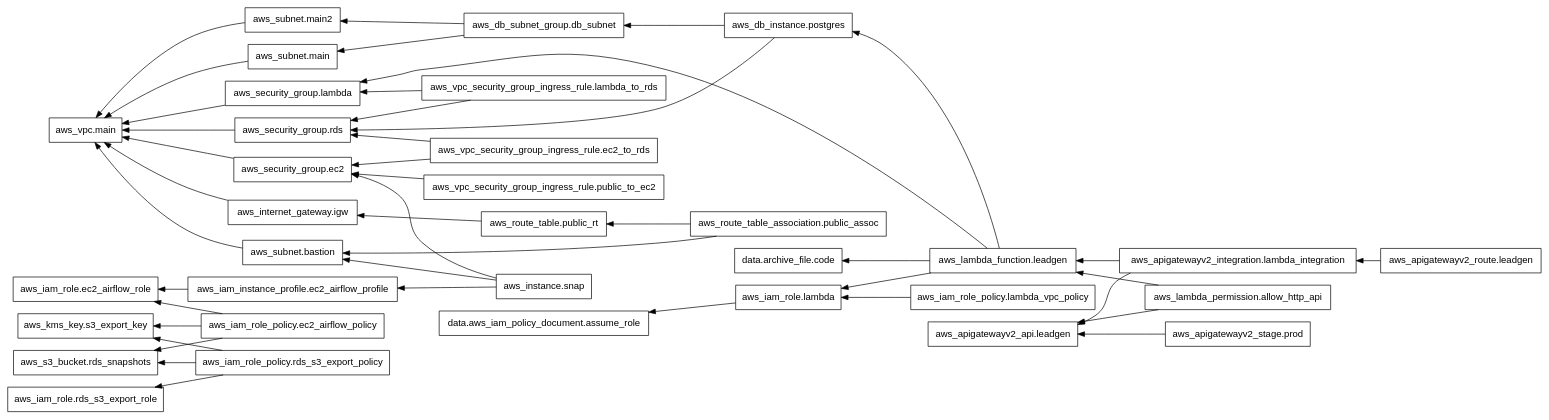
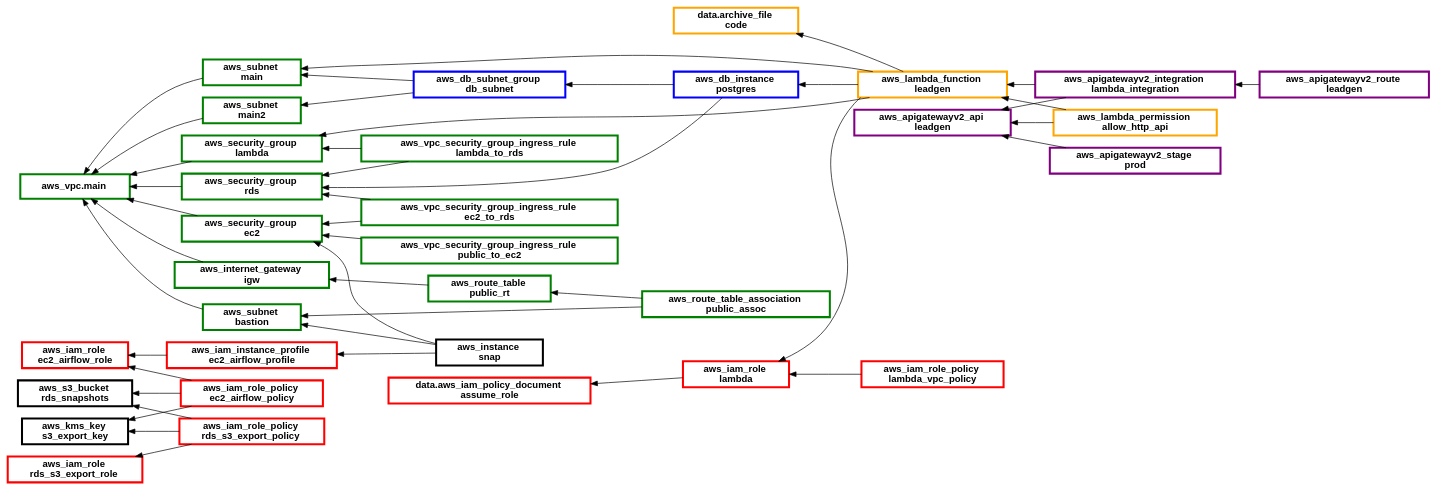
One commit to jaykape/leadgen-data-pipeline changed the diagram in diagram/depencdency.DOT. Above: the diagram before and after it, drawn with Graphviz. The commit also changed 54 other files, not shown here.

```diff
--- a/diagram/depencdency.DOT
+++ b/diagram/depencdency.DOT
@@ -1,78 +1,81 @@
 digraph G {
   rankdir = "RL";
-  node [shape = rect, fontname = "sans-serif"];
-  "data.archive_file.code" [label="data.archive_file.code"];
-  "data.aws_iam_policy_document.assume_role" [label="data.aws_iam_policy_document.assume_role"];
-  "aws_apigatewayv2_api.leadgen" [label="aws_apigatewayv2_api.leadgen"];
-  "aws_apigatewayv2_integration.lambda_integration" [label="aws_apigatewayv2_integration.lambda_integration"];
-  "aws_apigatewayv2_route.leadgen" [label="aws_apigatewayv2_route.leadgen"];
-  "aws_apigatewayv2_stage.prod" [label="aws_apigatewayv2_stage.prod"];
-  "aws_db_instance.postgres" [label="aws_db_instance.postgres"];
-  "aws_db_subnet_group.db_subnet" [label="aws_db_subnet_group.db_subnet"];
-  "aws_iam_instance_profile.ec2_airflow_profile" [label="aws_iam_instance_profile.ec2_airflow_profile"];
-  "aws_iam_role.ec2_airflow_role" [label="aws_iam_role.ec2_airflow_role"];
-  "aws_iam_role.lambda" [label="aws_iam_role.lambda"];
-  "aws_iam_role.rds_s3_export_role" [label="aws_iam_role.rds_s3_export_role"];
-  "aws_iam_role_policy.ec2_airflow_policy" [label="aws_iam_role_policy.ec2_airflow_policy"];
-  "aws_iam_role_policy.lambda_vpc_policy" [label="aws_iam_role_policy.lambda_vpc_policy"];
-  "aws_iam_role_policy.rds_s3_export_policy" [label="aws_iam_role_policy.rds_s3_export_policy"];
-  "aws_instance.snap" [label="aws_instance.snap"];
-  "aws_internet_gateway.igw" [label="aws_internet_gateway.igw"];
-  "aws_kms_key.s3_export_key" [label="aws_kms_key.s3_export_key"];
-  "aws_lambda_function.leadgen" [label="aws_lambda_function.leadgen"];
-  "aws_lambda_permission.allow_http_api" [label="aws_lambda_permission.allow_http_api"];
-  "aws_route_table.public_rt" [label="aws_route_table.public_rt"];
-  "aws_route_table_association.public_assoc" [label="aws_route_table_association.public_assoc"];
-  "aws_s3_bucket.rds_snapshots" [label="aws_s3_bucket.rds_snapshots"];
-  "aws_security_group.ec2" [label="aws_security_group.ec2"];
-  "aws_security_group.lambda" [label="aws_security_group.lambda"];
-  "aws_security_group.rds" [label="aws_security_group.rds"];
-  "aws_subnet.bastion" [label="aws_subnet.bastion"];
-  "aws_subnet.main" [label="aws_subnet.main"];
-  "aws_subnet.main2" [label="aws_subnet.main2"];
-  "aws_vpc.main" [label="aws_vpc.main"];
-  "aws_vpc_security_group_ingress_rule.ec2_to_rds" [label="aws_vpc_security_group_ingress_rule.ec2_to_rds"];
-  "aws_vpc_security_group_ingress_rule.lambda_to_rds" [label="aws_vpc_security_group_ingress_rule.lambda_to_rds"];
-  "aws_vpc_security_group_ingress_rule.public_to_ec2" [label="aws_vpc_security_group_ingress_rule.public_to_ec2"];
+  node [shape = rect, fontname = "Helvetica-Bold", penwidth=3];
+  edge [fontname="Helvetica-Bold", penwidth=1];
+  "data.archive_file.code" [label="    data.archive_file    \n code", color=orange];
+  "data.aws_iam_policy_document.assume_role" [label="    data.aws_iam_policy_document    \n assume_role", color=red];
+  "aws_apigatewayv2_api.leadgen" [label="    aws_apigatewayv2_api    \n leadgen", color=purple];
+  "aws_apigatewayv2_integration.lambda_integration" [label="    aws_apigatewayv2_integration    \n lambda_integration", color=purple];
+  "aws_apigatewayv2_route.leadgen" [label="    aws_apigatewayv2_route    \n leadgen", color=purple];        
+  "aws_apigatewayv2_stage.prod" [label="    aws_apigatewayv2_stage    \n prod", color=purple];
+  "aws_db_instance.postgres" [label="    aws_db_instance    \n postgres", color=blue];
+  "aws_db_subnet_group.db_subnet" [label="    aws_db_subnet_group    \n db_subnet", color=blue];
+  "aws_iam_instance_profile.ec2_airflow_profile" [label="    aws_iam_instance_profile    \n ec2_airflow_profile", color=red];
+  "aws_iam_role.ec2_airflow_role" [label="    aws_iam_role    \n ec2_airflow_role", color=red];
+  "aws_iam_role.lambda" [label="    aws_iam_role    \n lambda", color=red];
+  "aws_iam_role.rds_s3_export_role" [label="    aws_iam_role    \n    rds_s3_export_role    ", color=red];      
+  "aws_iam_role_policy.ec2_airflow_policy" [label="    aws_iam_role_policy    \n ec2_airflow_policy", color=red];
+  "aws_iam_role_policy.lambda_vpc_policy" [label="    aws_iam_role_policy    \n lambda_vpc_policy", color=red];
+  "aws_iam_role_policy.rds_s3_export_policy" [label="    aws_iam_role_policy    \n    rds_s3_export_policy    ", color=red];
+  "aws_instance.snap" [label="    aws_instance    \n snap"];
+  "aws_internet_gateway.igw" [label="    aws_internet_gateway    \n igw", color=green];
+  "aws_kms_key.s3_export_key" [label="    aws_kms_key    \n s3_export_key"];
+  "aws_lambda_function.leadgen" [label="    aws_lambda_function    \n leadgen", color=orange];
+  "aws_lambda_permission.allow_http_api" [label="    aws_lambda_permission    \n allow_http_api", color=orange];
+  "aws_route_table.public_rt" [label="    aws_route_table    \n public_rt", color=green];
+  "aws_route_table_association.public_assoc" [label="    aws_route_table_association    \n public_assoc", color=green];
+  "aws_s3_bucket.rds_snapshots" [label="    aws_s3_bucket    \n rds_snapshots"];
+  "aws_security_group.ec2" [label="    aws_security_group    \n ec2", color=green];
+  "aws_security_group.lambda" [label="    aws_security_group    \n lambda", color=green];
+  "aws_security_group.rds" [label="    aws_security_group    \n rds", color=green];
+  "aws_subnet.bastion" [label="    aws_subnet    \n bastion", color=green];
+  "aws_subnet.main" [label="    aws_subnet    \n main", color=green];
+  "aws_subnet.main2" [label="    aws_subnet    \n main2", color=green];
+  "aws_vpc.main" [label="    aws_vpc.main    ", color=green];
+  "aws_vpc_security_group_ingress_rule.ec2_to_rds" [label="        aws_vpc_security_group_ingress_rule        \n ec2_to_rds", color=green];
+  "aws_vpc_security_group_ingress_rule.lambda_to_rds" [label="        aws_vpc_security_group_ingress_rule        \n lambda_to_rds", color=green];
+  "aws_vpc_security_group_ingress_rule.public_to_ec2" [label="        aws_vpc_security_group_ingress_rule        \n public_to_ec2", color=green];
   "aws_apigatewayv2_integration.lambda_integration" -> "aws_apigatewayv2_api.leadgen";
   "aws_apigatewayv2_integration.lambda_integration" -> "aws_lambda_function.leadgen";
   "aws_apigatewayv2_route.leadgen" -> "aws_apigatewayv2_integration.lambda_integration";
   "aws_apigatewayv2_stage.prod" -> "aws_apigatewayv2_api.leadgen";
   "aws_db_instance.postgres" -> "aws_db_subnet_group.db_subnet";
   "aws_db_instance.postgres" -> "aws_security_group.rds";
   "aws_db_subnet_group.db_subnet" -> "aws_subnet.main";
   "aws_db_subnet_group.db_subnet" -> "aws_subnet.main2";
   "aws_iam_instance_profile.ec2_airflow_profile" -> "aws_iam_role.ec2_airflow_role";
   "aws_iam_role.lambda" -> "data.aws_iam_policy_document.assume_role";
-  "aws_iam_role_policy.ec2_airflow_policy" -> "aws_iam_role.ec2_airflow_role";
+  "aws_iam_role_policy.ec2_airflow_policy" -> "aws_iam_role.ec2_airflow_role";      
   "aws_iam_role_policy.ec2_airflow_policy" -> "aws_kms_key.s3_export_key";
-  "aws_iam_role_policy.ec2_airflow_policy" -> "aws_s3_bucket.rds_snapshots";
+  "aws_iam_role_policy.ec2_airflow_policy" -> "aws_s3_bucket.rds_snapshots";        
   "aws_iam_role_policy.lambda_vpc_policy" -> "aws_iam_role.lambda";
-  "aws_iam_role_policy.rds_s3_export_policy" -> "aws_iam_role.rds_s3_export_role";
-  "aws_iam_role_policy.rds_s3_export_policy" -> "aws_kms_key.s3_export_key";
-  "aws_iam_role_policy.rds_s3_export_policy" -> "aws_s3_bucket.rds_snapshots";
+  "aws_iam_role_policy.rds_s3_export_policy" -> "aws_iam_role.rds_s3_export_role";  
+  "aws_iam_role_policy.rds_s3_export_policy" -> "aws_kms_key.s3_export_key";        
+  "aws_iam_role_policy.rds_s3_export_policy" -> "aws_s3_bucket.rds_snapshots";      
   "aws_instance.snap" -> "aws_iam_instance_profile.ec2_airflow_profile";
   "aws_instance.snap" -> "aws_security_group.ec2";
   "aws_instance.snap" -> "aws_subnet.bastion";
   "aws_internet_gateway.igw" -> "aws_vpc.main";
   "aws_lambda_function.leadgen" -> "data.archive_file.code";
   "aws_lambda_function.leadgen" -> "aws_db_instance.postgres";
   "aws_lambda_function.leadgen" -> "aws_iam_role.lambda";
   "aws_lambda_function.leadgen" -> "aws_security_group.lambda";
   "aws_lambda_permission.allow_http_api" -> "aws_apigatewayv2_api.leadgen";
   "aws_lambda_permission.allow_http_api" -> "aws_lambda_function.leadgen";
   "aws_route_table.public_rt" -> "aws_internet_gateway.igw";
-  "aws_route_table_association.public_assoc" -> "aws_route_table.public_rt";
+  "aws_route_table_association.public_assoc" -> "aws_route_table.public_rt";        
   "aws_route_table_association.public_assoc" -> "aws_subnet.bastion";
   "aws_security_group.ec2" -> "aws_vpc.main";
   "aws_security_group.lambda" -> "aws_vpc.main";
   "aws_security_group.rds" -> "aws_vpc.main";
   "aws_subnet.bastion" -> "aws_vpc.main";
   "aws_subnet.main" -> "aws_vpc.main";
   "aws_subnet.main2" -> "aws_vpc.main";
-  "aws_vpc_security_group_ingress_rule.ec2_to_rds" -> "aws_security_group.ec2";
-  "aws_vpc_security_group_ingress_rule.ec2_to_rds" -> "aws_security_group.rds";
+  "aws_vpc_security_group_ingress_rule.ec2_to_rds" -> "aws_security_group.ec2";     
+  "aws_vpc_security_group_ingress_rule.ec2_to_rds" -> "aws_security_group.rds";     
   "aws_vpc_security_group_ingress_rule.lambda_to_rds" -> "aws_security_group.lambda";
-  "aws_vpc_security_group_ingress_rule.lambda_to_rds" -> "aws_security_group.rds";
-  "aws_vpc_security_group_ingress_rule.public_to_ec2" -> "aws_security_group.ec2";
+  "aws_vpc_security_group_ingress_rule.lambda_to_rds" -> "aws_security_group.rds";  
+  "aws_vpc_security_group_ingress_rule.public_to_ec2" -> "aws_security_group.ec2";  
+  "aws_lambda_function.leadgen" -> "aws_subnet.main";
+    
 }
```
